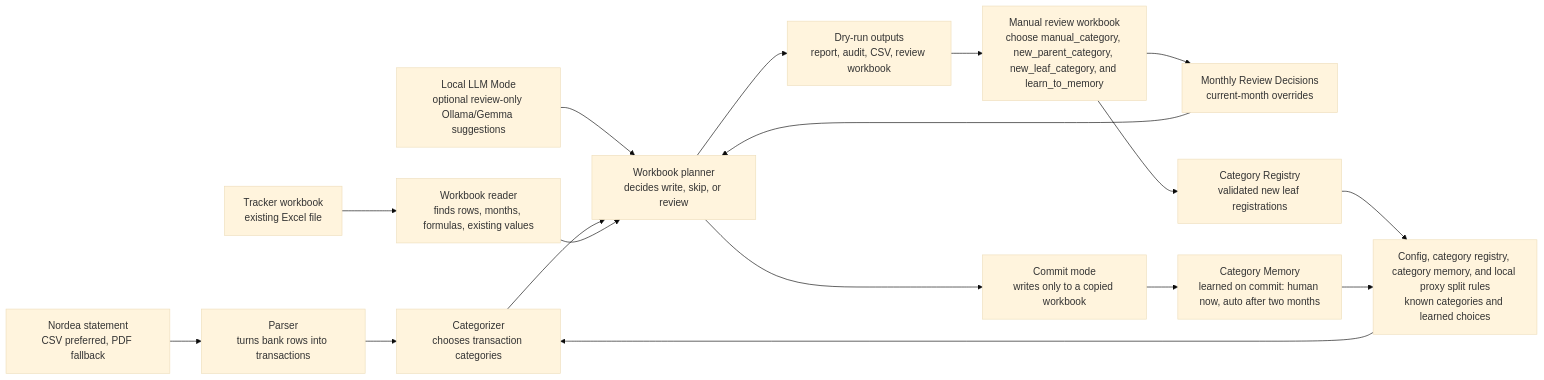
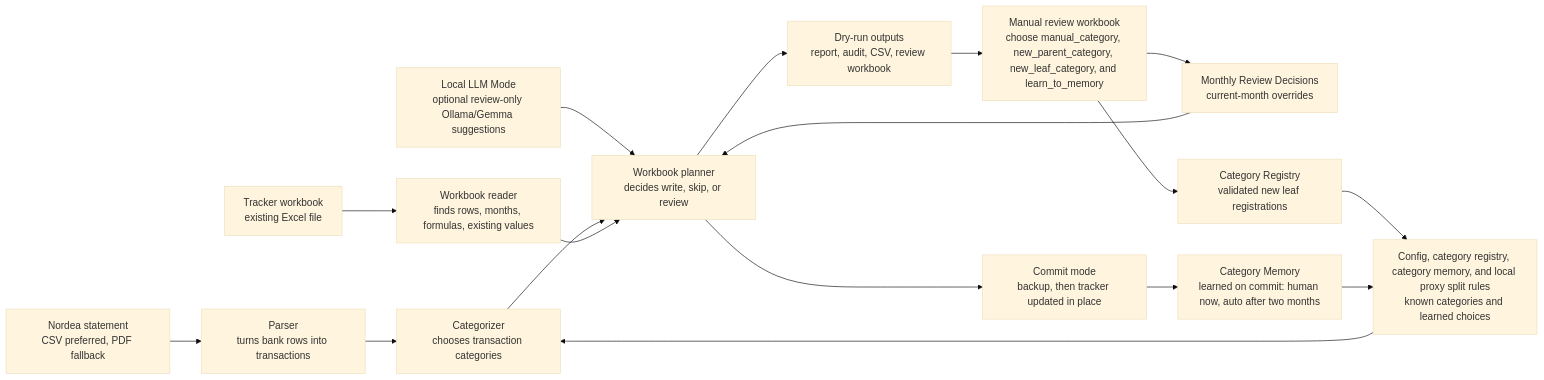
Before and after one commit to EricleungDK/personalwealthtracker: the second of 5 diagrams in docs/project_overview.md, drawn with Mermaid (base theme). The commit also changed other lines of this file and 19 other files, not shown here.

First line of the commit message:
fix(commit): update tracker in place so months accumulate

````diff
--- a/docs/project_overview.md
+++ b/docs/project_overview.md
@@ -47,21 +47,21 @@
 ```mermaid
 flowchart LR
   Statement["Nordea statement<br/>CSV preferred, PDF fallback"] --> Parser["Parser<br/>turns bank rows into transactions"]
   Tracker["Tracker workbook<br/>existing Excel file"] --> WorkbookRead["Workbook reader<br/>finds rows, months, formulas, existing values"]
   Rules["Config, category registry, category memory, and local proxy split rules<br/>known categories and learned choices"] --> Categorizer["Categorizer<br/>chooses transaction categories"]
   LocalLLM["Local LLM Mode<br/>optional review-only Ollama/Gemma suggestions"] --> Planner
 
   Parser --> Categorizer
   Categorizer --> Planner["Workbook planner<br/>decides write, skip, or review"]
   WorkbookRead --> Planner
 
   Planner --> DryRun["Dry-run outputs<br/>report, audit, CSV, review workbook"]
   DryRun --> Review["Manual review workbook<br/>choose manual_category, new_parent_category, new_leaf_category, and learn_to_memory"]
   Review --> Decisions["Monthly Review Decisions<br/>current-month overrides"]
   Review --> Registry["Category Registry<br/>validated new leaf registrations"]
   Registry --> Rules
   Decisions --> Planner
   Memory --> Rules
-  Planner --> Commit["Commit mode<br/>writes only to a copied workbook"]
+  Planner --> Commit["Commit mode<br/>backup, then tracker updated in place"]
   Commit --> Memory["Category Memory<br/>learned on commit: human now, auto after two months"]
 ```
````
